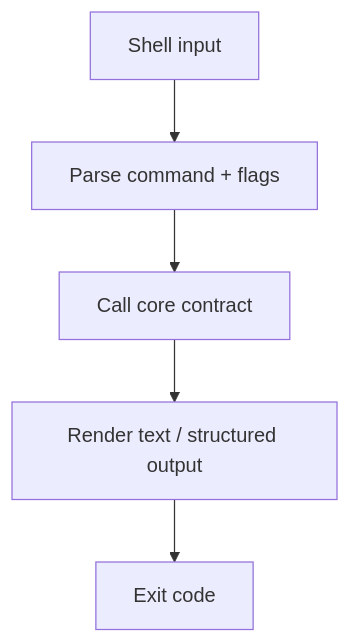
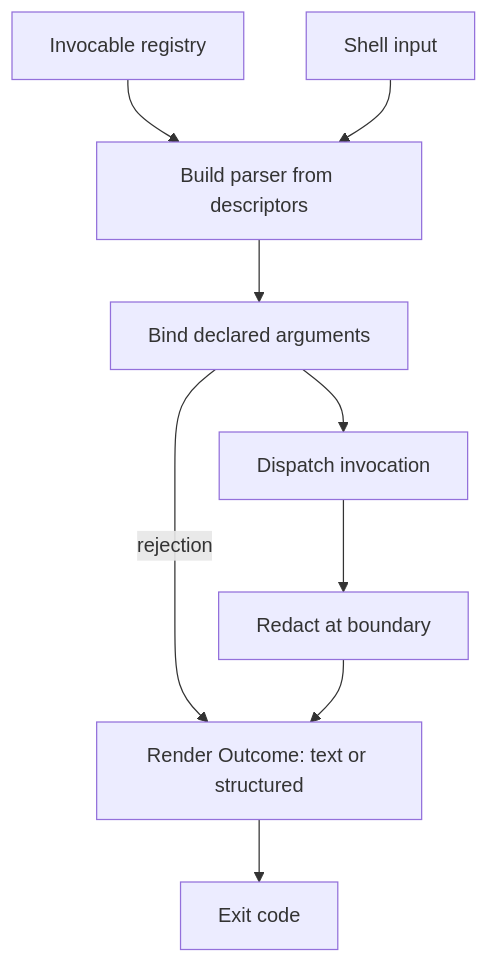
Before and after one commit to teratron/cronus: the diagram in .design/main/specifications/l2-cli.md, drawn with Mermaid. The commit also changed other lines of this file and 10 other files, not shown here.

````diff
--- a/.design/main/specifications/l2-cli.md
+++ b/.design/main/specifications/l2-cli.md
@@ -74,7 +77,11 @@
 ```mermaid
 graph TD
-    SH[Shell input] --> PARSE[Parse command + flags]
-    PARSE --> CALL[Call core contract]
-    CALL --> RENDER[Render text / structured output]
+    REG[Invocable registry] --> BUILD[Build parser from descriptors]
+    SH[Shell input] --> BUILD
+    BUILD --> BIND[Bind declared arguments]
+    BIND -->|rejection| RENDER
+    BIND --> CALL[Dispatch invocation]
+    CALL --> MASK[Redact at boundary]
+    MASK --> RENDER[Render Outcome: text or structured]
     RENDER --> EXIT[Exit code]
 ```
````
